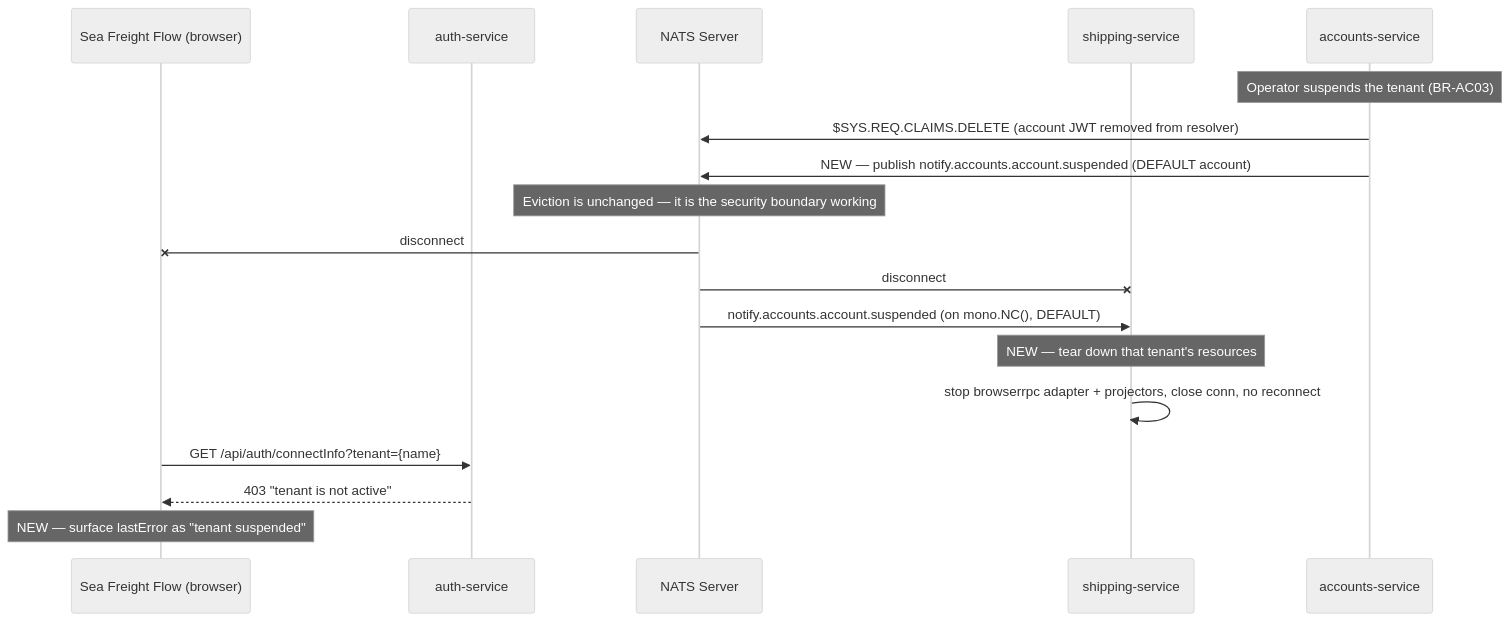
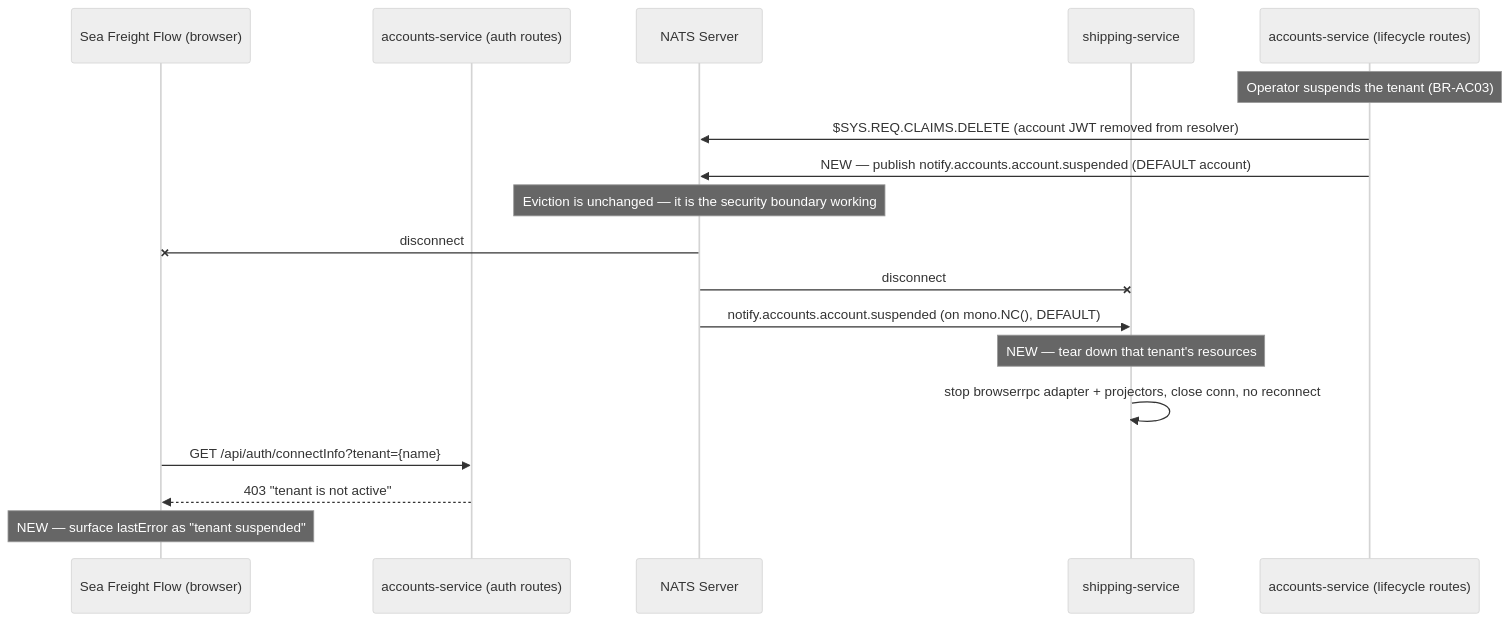
Before and after one commit to jthomas78/nats-tech-lab: the fourth of 14 diagrams in obsidian/V3-Platform/Architecture/Dictionary-POC/ARCHITECTURE-ACCOUNTS.md, drawn with Mermaid (neutral theme). The commit also changed other lines of this file and 40 other files, not shown here.

First line of the commit message:
feat(accounts): consolidate auth and tenant lifecycle handling

````diff
--- a/obsidian/V3-Platform/Architecture/Dictionary-POC/ARCHITECTURE-ACCOUNTS.md
+++ b/obsidian/V3-Platform/Architecture/Dictionary-POC/ARCHITECTURE-ACCOUNTS.md
@@ -219,24 +227,24 @@
 ```mermaid
 sequenceDiagram
     participant Browser as Sea Freight Flow (browser)
-    participant Auth as auth-service
+    participant Auth as accounts-service (auth routes)
     participant NATS as NATS Server
     participant Shipping as shipping-service
-    participant Accounts as accounts-service
+    participant Accounts as accounts-service (lifecycle routes)
 
     Note over Accounts: Operator suspends the tenant (BR-AC03)
     Accounts->>NATS: $SYS.REQ.CLAIMS.DELETE (account JWT removed from resolver)
     Accounts->>NATS: NEW — publish notify.accounts.account.suspended (DEFAULT account)
 
     Note over NATS: Eviction is unchanged — it is the security boundary working
     NATS-xBrowser: disconnect
     NATS-xShipping: disconnect
 
     NATS->>Shipping: notify.accounts.account.suspended (on mono.NC(), DEFAULT)
     Note over Shipping: NEW — tear down that tenant's resources
     Shipping->>Shipping: stop browserrpc adapter + projectors, close conn, no reconnect
 
     Browser->>Auth: GET /api/auth/connectInfo?tenant={name}
     Auth-->>Browser: 403 "tenant is not active"
     Note over Browser: NEW — surface lastError as "tenant suspended"
 ```
````
